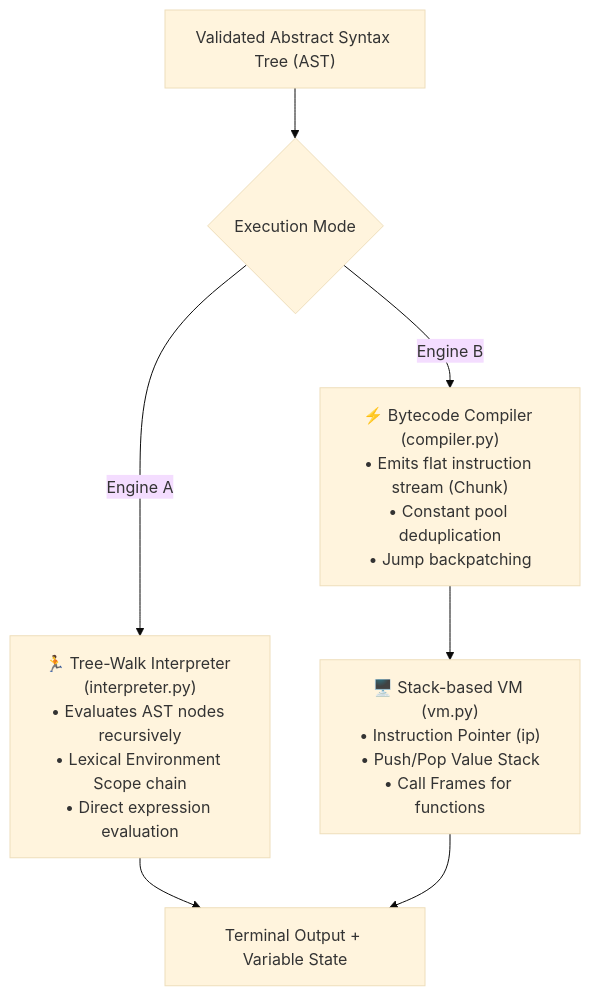
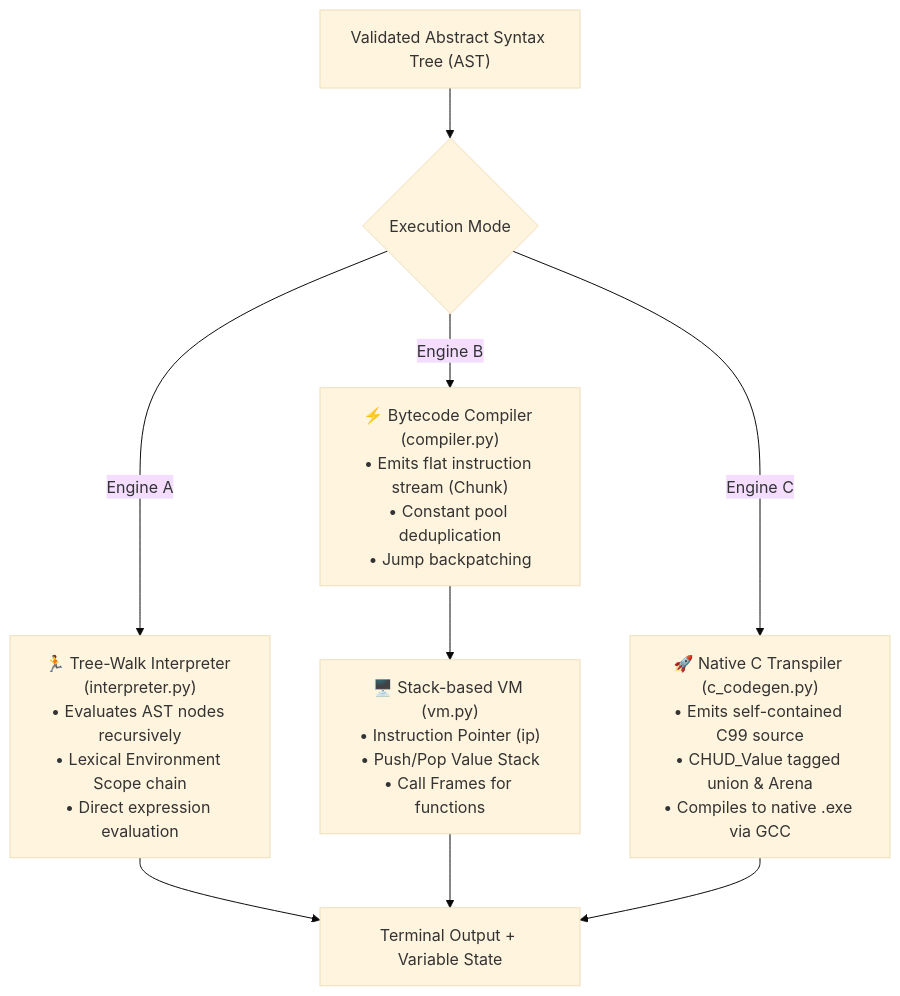
The fourth of 6 diagrams in ARCHITECTURE.md (Humble-Librarian/CHUD), drawn with Mermaid (base theme) before and after one commit. The commit also changed other lines of this file and 3 other files, not shown here.

Commit message:
feat: implement Phase 2B Native C Code Generator (c_codegen.py) and standalone .exe compilation

````diff
--- a/ARCHITECTURE.md
+++ b/ARCHITECTURE.md
@@ -108,13 +108,16 @@
 ```mermaid
 flowchart TD
     AST["Validated Abstract Syntax Tree (AST)"] --> Choice{"Execution Mode"}
     
     Choice -->|Engine A| Interp["🏃 Tree-Walk Interpreter (interpreter.py)<br>• Evaluates AST nodes recursively<br>• Lexical Environment Scope chain<br>• Direct expression evaluation"]
     
     Choice -->|Engine B| Comp["⚡ Bytecode Compiler (compiler.py)<br>• Emits flat instruction stream (Chunk)<br>• Constant pool deduplication<br>• Jump backpatching"]
     
+    Choice -->|Engine C| Native["🚀 Native C Transpiler (c_codegen.py)<br>• Emits self-contained C99 source<br>• CHUD_Value tagged union & Arena<br>• Compiles to native .exe via GCC"]
+    
     Comp --> VM["🖥️ Stack-based VM (vm.py)<br>• Instruction Pointer (ip)<br>• Push/Pop Value Stack<br>• Call Frames for functions"]
     
     Interp --> Out["Terminal Output + Variable State"]
     VM --> Out
+    Native --> Out
 ```
````
